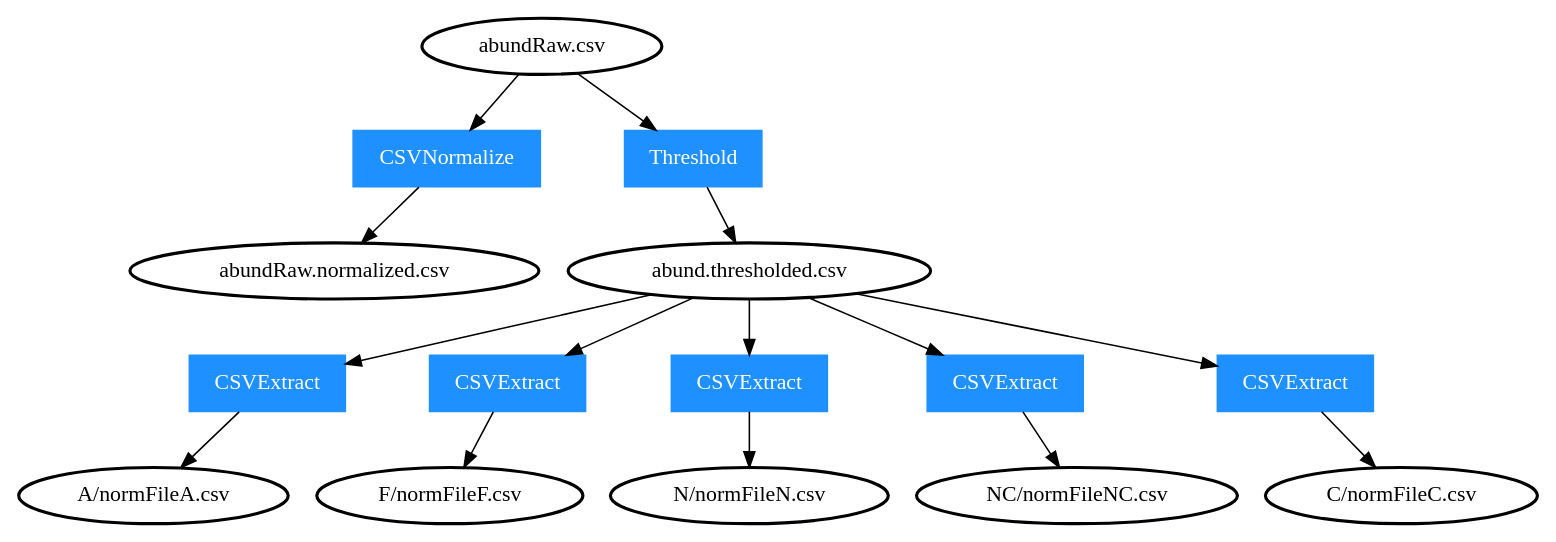
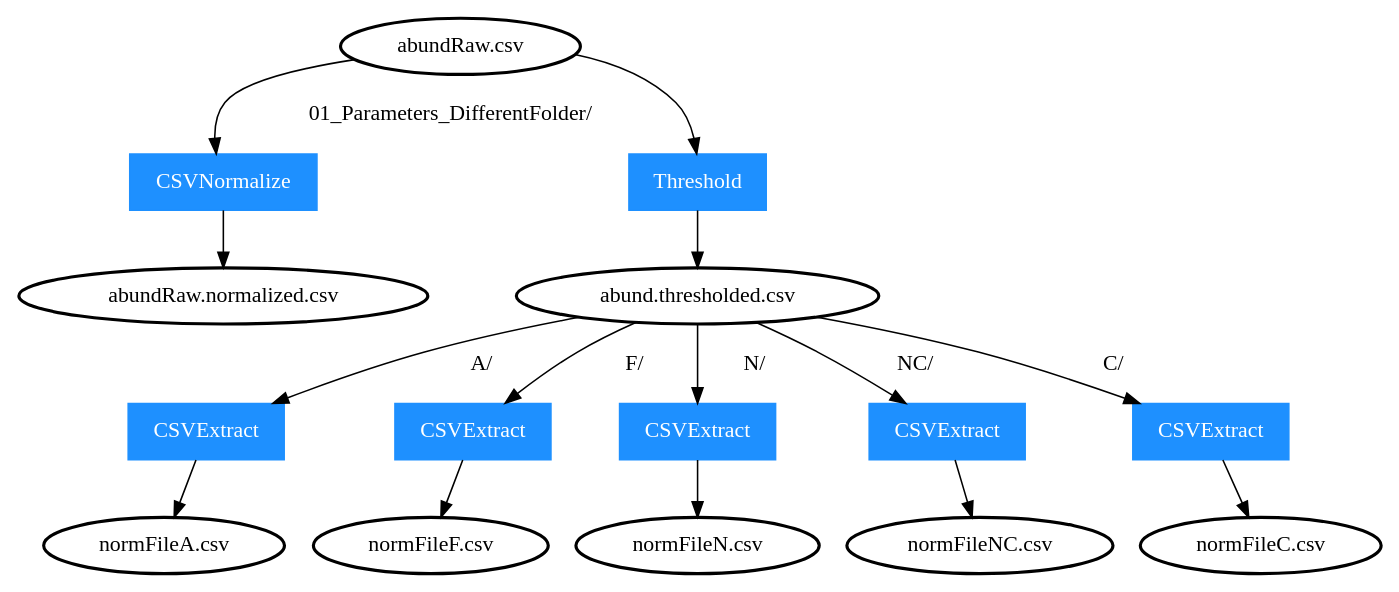
Before and after one commit to movingpictures83/PipeViz: the diagram in 01_Parameters_DifferentFolder/expected.dot, drawn with Graphviz. The commit also changed 2 other files, not shown here.

Commit message:
Update expected for parameters test

```diff
--- a/01_Parameters_DifferentFolder/expected.dot
+++ b/01_Parameters_DifferentFolder/expected.dot
@@ -1,17 +1,38 @@
 digraph G {
 	node [style=bold];
-	"abundRaw.csv"->"0"->"abundRaw.normalized.csv";
-	"abundRaw.csv"->"1"->"abund.thresholded.csv";
-	"abund.thresholded.csv"->"2"->"A/normFileA.csv";
-	"abund.thresholded.csv"->"3"->"F/normFileF.csv";
-	"abund.thresholded.csv"->"4"->"N/normFileN.csv";
-	"abund.thresholded.csv"->"5"->"NC/normFileNC.csv";
-	"abund.thresholded.csv"->"6"->"C/normFileC.csv";
+	"01_Parameters_DifferentFolder/abundRaw.csv"->"0" [label = "	01_Parameters_DifferentFolder/	"];
+	"0"->"01_Parameters_DifferentFolder/abundRaw.normalized.csv";
+	"01_Parameters_DifferentFolder/abundRaw.csv" [label = "abundRaw.csv"];
+	"01_Parameters_DifferentFolder/abundRaw.normalized.csv" [label = "abundRaw.normalized.csv"];
+	"01_Parameters_DifferentFolder/abundRaw.csv"->"1";
+	"1"->"01_Parameters_DifferentFolder/abund.thresholded.csv";
+	"01_Parameters_DifferentFolder/abundRaw.csv" [label = "abundRaw.csv"];
+	"01_Parameters_DifferentFolder/abund.thresholded.csv" [label = "abund.thresholded.csv"];
+	"01_Parameters_DifferentFolder/abund.thresholded.csv"->"2" [label = "	A/	"];
+	"2"->"01_Parameters_DifferentFolder/A/normFileA.csv";
+	"01_Parameters_DifferentFolder/abund.thresholded.csv" [label = "abund.thresholded.csv"];
+	"01_Parameters_DifferentFolder/A/normFileA.csv" [label = "normFileA.csv"];
+	"01_Parameters_DifferentFolder/abund.thresholded.csv"->"3" [label = "	F/	"];
+	"3"->"01_Parameters_DifferentFolder/F/normFileF.csv";
+	"01_Parameters_DifferentFolder/abund.thresholded.csv" [label = "abund.thresholded.csv"];
+	"01_Parameters_DifferentFolder/F/normFileF.csv" [label = "normFileF.csv"];
+	"01_Parameters_DifferentFolder/abund.thresholded.csv"->"4" [label = "	N/	"];
+	"4"->"01_Parameters_DifferentFolder/N/normFileN.csv";
+	"01_Parameters_DifferentFolder/abund.thresholded.csv" [label = "abund.thresholded.csv"];
+	"01_Parameters_DifferentFolder/N/normFileN.csv" [label = "normFileN.csv"];
+	"01_Parameters_DifferentFolder/abund.thresholded.csv"->"5" [label = "	NC/	"];
+	"5"->"01_Parameters_DifferentFolder/NC/normFileNC.csv";
+	"01_Parameters_DifferentFolder/abund.thresholded.csv" [label = "abund.thresholded.csv"];
+	"01_Parameters_DifferentFolder/NC/normFileNC.csv" [label = "normFileNC.csv"];
+	"01_Parameters_DifferentFolder/abund.thresholded.csv"->"6" [label = "	C/	"];
+	"6"->"01_Parameters_DifferentFolder/C/normFileC.csv";
+	"01_Parameters_DifferentFolder/abund.thresholded.csv" [label = "abund.thresholded.csv"];
+	"01_Parameters_DifferentFolder/C/normFileC.csv" [label = "normFileC.csv"];
 	"0" [label="CSVNormalize", shape=box, color=dodgerblue1, fontcolor=white, style=filled];
 	"1" [label="Threshold", shape=box, color=dodgerblue1, fontcolor=white, style=filled];
 	"2" [label="CSVExtract", shape=box, color=dodgerblue1, fontcolor=white, style=filled];
 	"3" [label="CSVExtract", shape=box, color=dodgerblue1, fontcolor=white, style=filled];
 	"4" [label="CSVExtract", shape=box, color=dodgerblue1, fontcolor=white, style=filled];
 	"5" [label="CSVExtract", shape=box, color=dodgerblue1, fontcolor=white, style=filled];
 	"6" [label="CSVExtract", shape=box, color=dodgerblue1, fontcolor=white, style=filled];
 }
```
